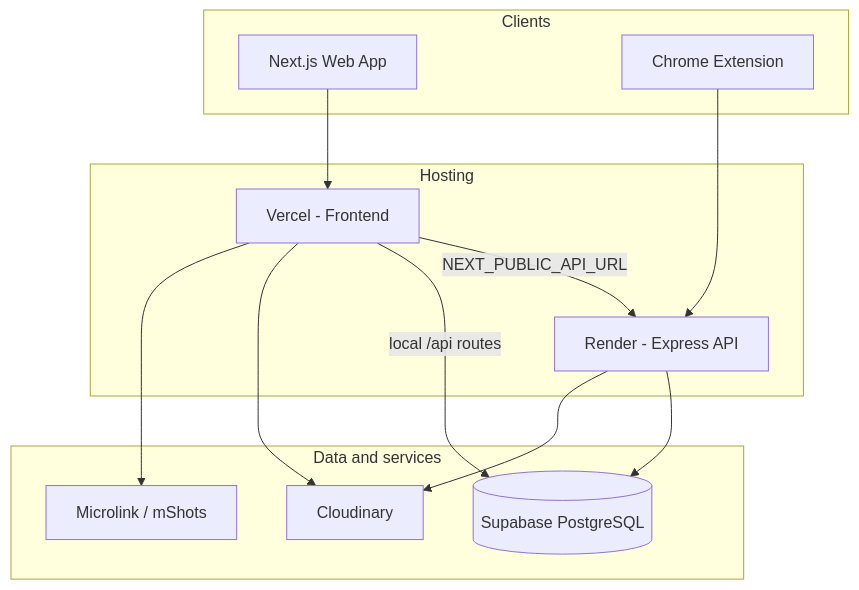
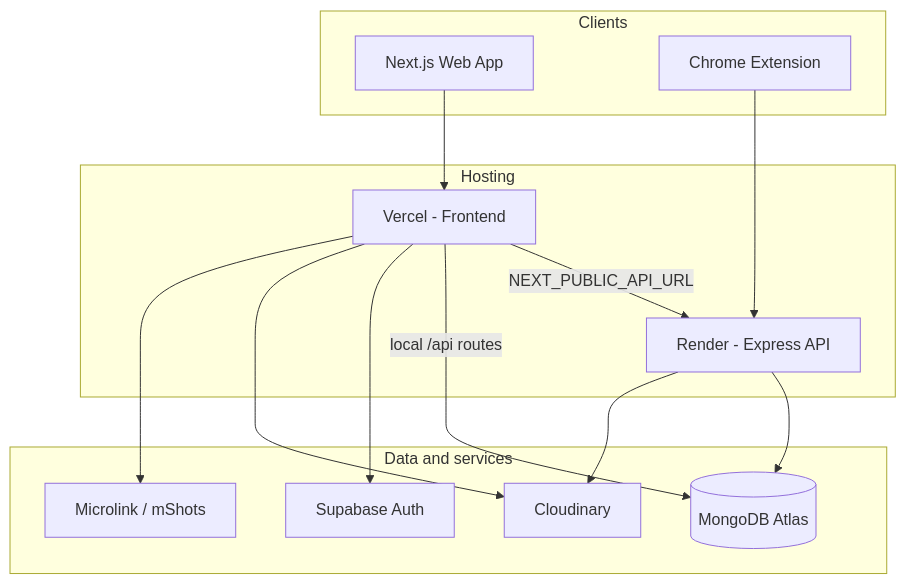
Before and after one commit to ayushsoni04/memory404: the diagram in docs/architecture/overview.mdx, drawn with Mermaid. The commit also changed other lines of this file and 44 other files, not shown here.

````diff
--- a/docs/architecture/overview.mdx
+++ b/docs/architecture/overview.mdx
@@ -11,27 +11,29 @@
 ```mermaid
 flowchart TD
     subgraph clients [Clients]
         Web[Next.js Web App]
         Ext[Chrome Extension]
     end
 
     subgraph hosting [Hosting]
         Vercel[Vercel - Frontend]
         Render[Render - Express API]
     end
 
     subgraph data [Data and services]
-        DB[(Supabase PostgreSQL)]
+        DB[(MongoDB Atlas)]
+        Auth[Supabase Auth]
         CDN[Cloudinary]
         SS[Microlink / mShots]
     end
 
     Web --> Vercel
     Ext --> Render
     Vercel -->|NEXT_PUBLIC_API_URL| Render
     Vercel -->|local /api routes| DB
     Render --> DB
+    Vercel --> Auth
     Vercel --> CDN
     Render --> CDN
     Vercel --> SS
 ```
````
